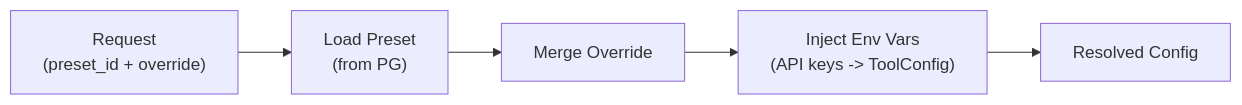
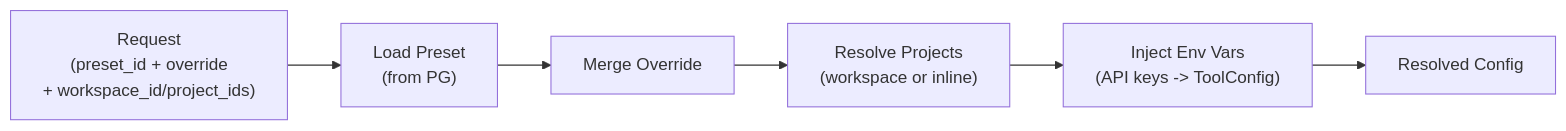
The second of 3 diagrams in spec/agent_runtime/02-configuration.md (Wh1isper/netherbrain), drawn with Mermaid before and after one commit. The commit also changed other lines of this file and 15 other files, not shown here.

First line of the commit message:
feat: add workspace and project-based environment model

````diff
--- a/spec/agent_runtime/02-configuration.md
+++ b/spec/agent_runtime/02-configuration.md
@@ -167,7 +192,8 @@
 ```mermaid
 flowchart LR
-    REQ["Request<br/>(preset_id + override)"] --> LOAD["Load Preset<br/>(from PG)"]
+    REQ["Request<br/>(preset_id + override<br/>+ workspace_id/project_ids)"] --> LOAD["Load Preset<br/>(from PG)"]
     LOAD --> MERGE["Merge Override"]
-    MERGE --> INJECT["Inject Env Vars<br/>(API keys -> ToolConfig)"]
+    MERGE --> RESOLVE_WS["Resolve Projects<br/>(workspace or inline)"]
+    RESOLVE_WS --> INJECT["Inject Env Vars<br/>(API keys -> ToolConfig)"]
     INJECT --> RESOLVED["Resolved Config"]
 ```
````
